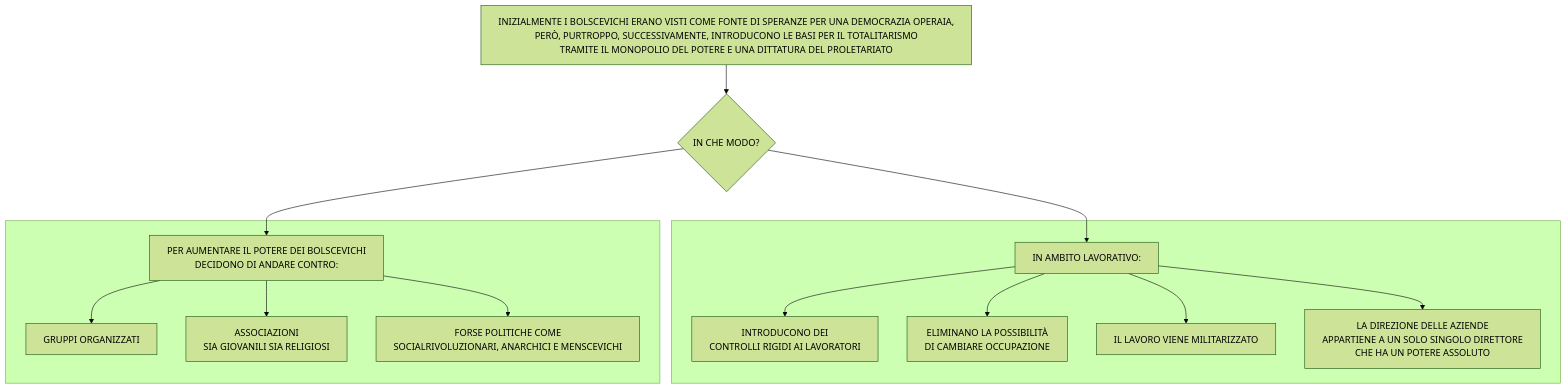
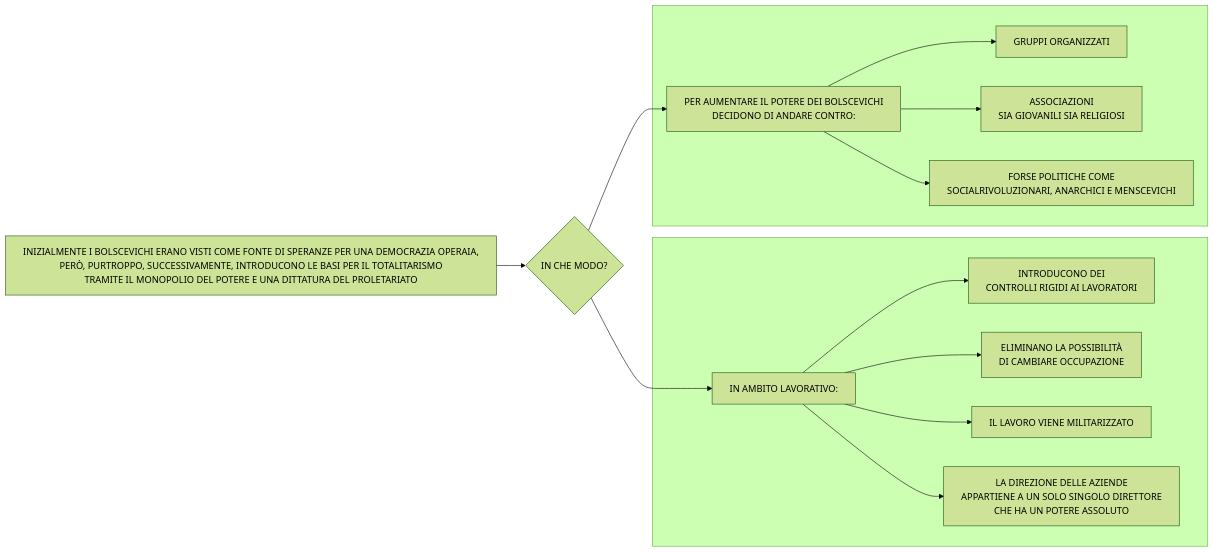
One commit to Laaouatni/ricerca-storia-MermaidJS changed diagram 14 of 14 in stalinismoRiscrittura.md. Above: the diagram before and after it, drawn with Mermaid (forest theme).

````diff
--- a/stalinismoRiscrittura.md
+++ b/stalinismoRiscrittura.md
@@ -277,22 +277,22 @@
 ```mermaid
 %%{init: { "flowchart": { "wrappingWidth": 800 } }}%%
-flowchart TB
+flowchart LR
   0[INIZIALMENTE I BOLSCEVICHI ERANO VISTI COME FONTE DI SPERANZE PER UNA DEMOCRAZIA OPERAIA, <br>PERÒ, PURTROPPO, SUCCESSIVAMENTE, INTRODUCONO LE BASI PER IL TOTALITARISMO <br>TRAMITE IL MONOPOLIO DEL POTERE E UNA DITTATURA DEL PROLETARIATO]
   1{IN CHE MODO?}
   0 --> 1 --> 20 & 30
   subgraph 2[" "]
     20[PER AUMENTARE IL POTERE DEI BOLSCEVICHI<BR>DECIDONO DI ANDARE CONTRO:]
     21[GRUPPI ORGANIZZATI]
     22[ASSOCIAZIONI <br>SIA GIOVANILI SIA RELIGIOSI]
     23[FORSE POLITICHE COME <br>SOCIALRIVOLUZIONARI, ANARCHICI E MENSCEVICHI]
     20 --> 21 & 22 & 23
   end
   subgraph 3[" "]
     30[IN AMBITO LAVORATIVO:]
     31[INTRODUCONO DEI <BR>CONTROLLI RIGIDI AI LAVORATORI]
     32[ELIMINANO LA POSSIBILITÀ <BR> DI CAMBIARE OCCUPAZIONE]
     33[IL LAVORO VIENE MILITARIZZATO]
     34[LA DIREZIONE DELLE AZIENDE <br> APPARTIENE A UN SOLO SINGOLO DIRETTORE <br> CHE HA UN POTERE ASSOLUTO]
     30 --> 31 & 32 & 33 & 34
   end
 ```
````
